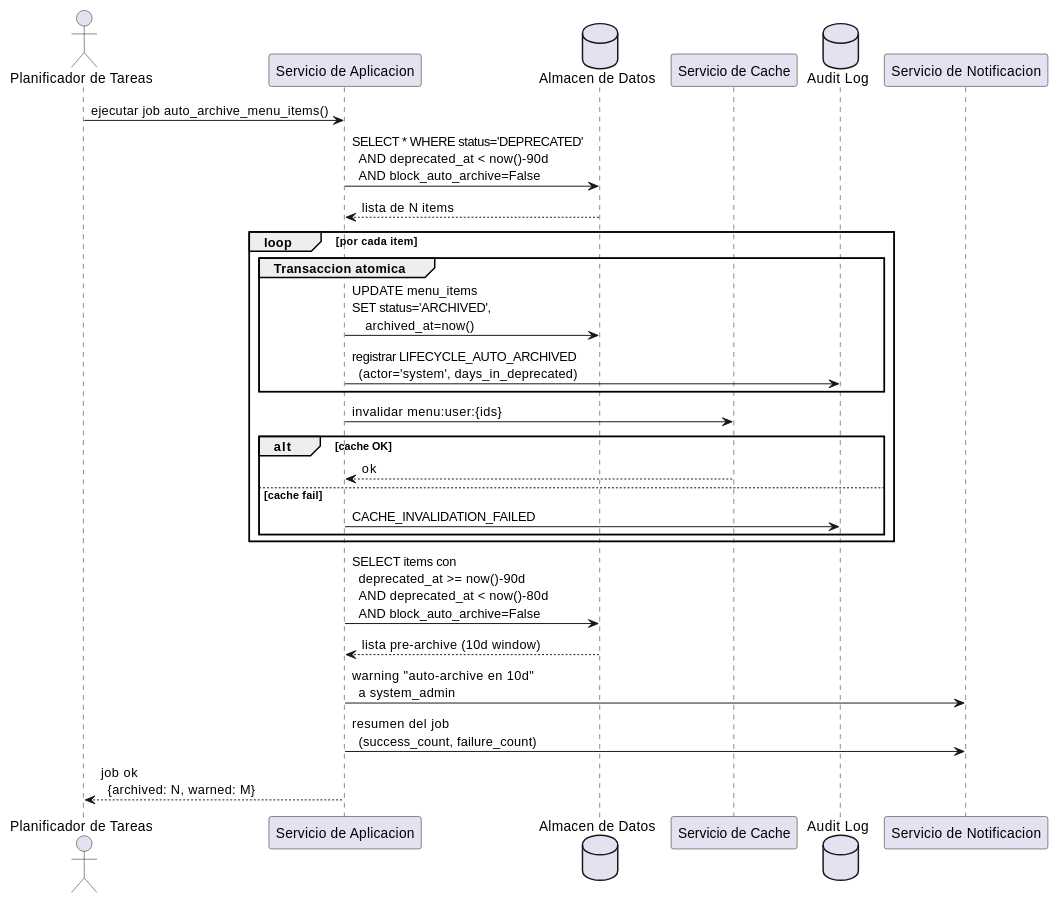
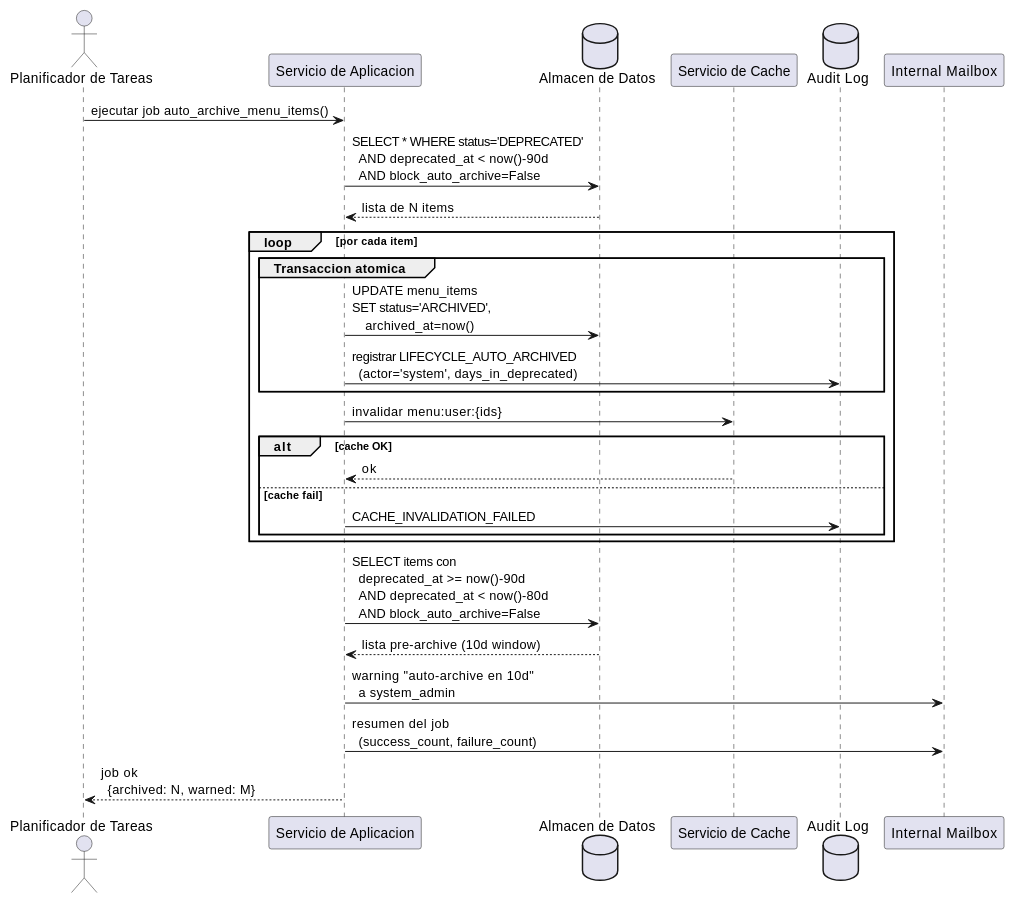
Before and after one commit to jcg-admin/IACT-docs: the diagram in source/requisitos/casos-uso/admin/uc-adm-05/diagramas-uml/diagrama-de-secuencia.rst, drawn with PlantUML. The commit also changed 16 other files, not shown here.

```diff
--- a/source/requisitos/casos-uso/admin/uc-adm-05/diagramas-uml/diagrama-de-secuencia.rst
+++ b/source/requisitos/casos-uso/admin/uc-adm-05/diagramas-uml/diagrama-de-secuencia.rst
@@ -12,36 +12,36 @@
 .. uml::
 
    @startuml
 
-   actor "Planificador de Tareas" as Sched
-   participant "Servicio de Aplicacion" as Svc
-   database   "Almacen de Datos" as DB
-   participant "Servicio de Cache" as Cache
-   database   "Audit Log" as Audit
-   participant "Servicio de Notificacion" as Notif
+   actor "Planificador de Tareas" as PlanificadorTareas
+   participant "Servicio de Aplicacion" as SvcAplicacion
+   database   "Almacen de Datos" as AlmacenDatos
+   participant "Servicio de Cache" as SvcCache
+   database   "Audit Log" as AuditLog
+   participant "Internal Mailbox" as InternalMailbox
 
-   Sched -> Svc: ejecutar job auto_archive_menu_items()
-   Svc -> DB: SELECT * WHERE status='DEPRECATED'\n  AND deprecated_at < now()-90d\n  AND block_auto_archive=False
-   DB --> Svc: lista de N items
+   PlanificadorTareas -> SvcAplicacion: ejecutar job auto_archive_menu_items()
+   SvcAplicacion -> AlmacenDatos: SELECT * WHERE status='DEPRECATED'\n  AND deprecated_at < now()-90d\n  AND block_auto_archive=False
+   AlmacenDatos --> SvcAplicacion: lista de N items
 
    loop por cada item
      group Transaccion atomica
-       Svc -> DB: UPDATE menu_items\nSET status='ARCHIVED',\n    archived_at=now()
-       Svc -> Audit: registrar LIFECYCLE_AUTO_ARCHIVED\n  (actor='system', days_in_deprecated)
+       SvcAplicacion -> AlmacenDatos: UPDATE menu_items\nSET status='ARCHIVED',\n    archived_at=now()
+       SvcAplicacion -> AuditLog: registrar LIFECYCLE_AUTO_ARCHIVED\n  (actor='system', days_in_deprecated)
      end
-     Svc -> Cache: invalidar menu:user:{ids}
+     SvcAplicacion -> SvcCache: invalidar menu:user:{ids}
      alt cache OK
-       Cache --> Svc: ok
+       SvcCache --> SvcAplicacion: ok
      else cache fail
-       Svc -> Audit: CACHE_INVALIDATION_FAILED
+       SvcAplicacion -> AuditLog: CACHE_INVALIDATION_FAILED
      end
    end
 
-   Svc -> DB: SELECT items con\n  deprecated_at >= now()-90d\n  AND deprecated_at < now()-80d\n  AND block_auto_archive=False
-   DB --> Svc: lista pre-archive (10d window)
-   Svc -> Notif: warning "auto-archive en 10d"\n  a system_admin
-   Svc -> Notif: resumen del job\n  (success_count, failure_count)
+   SvcAplicacion -> AlmacenDatos: SELECT items con\n  deprecated_at >= now()-90d\n  AND deprecated_at < now()-80d\n  AND block_auto_archive=False
+   AlmacenDatos --> SvcAplicacion: lista pre-archive (10d window)
+   SvcAplicacion -> InternalMailbox: warning "auto-archive en 10d"\n  a system_admin
+   SvcAplicacion -> InternalMailbox: resumen del job\n  (success_count, failure_count)
 
-   Svc --> Sched: job ok\n  {archived: N, warned: M}
+   SvcAplicacion --> PlanificadorTareas: job ok\n  {archived: N, warned: M}
 
    @enduml
```
